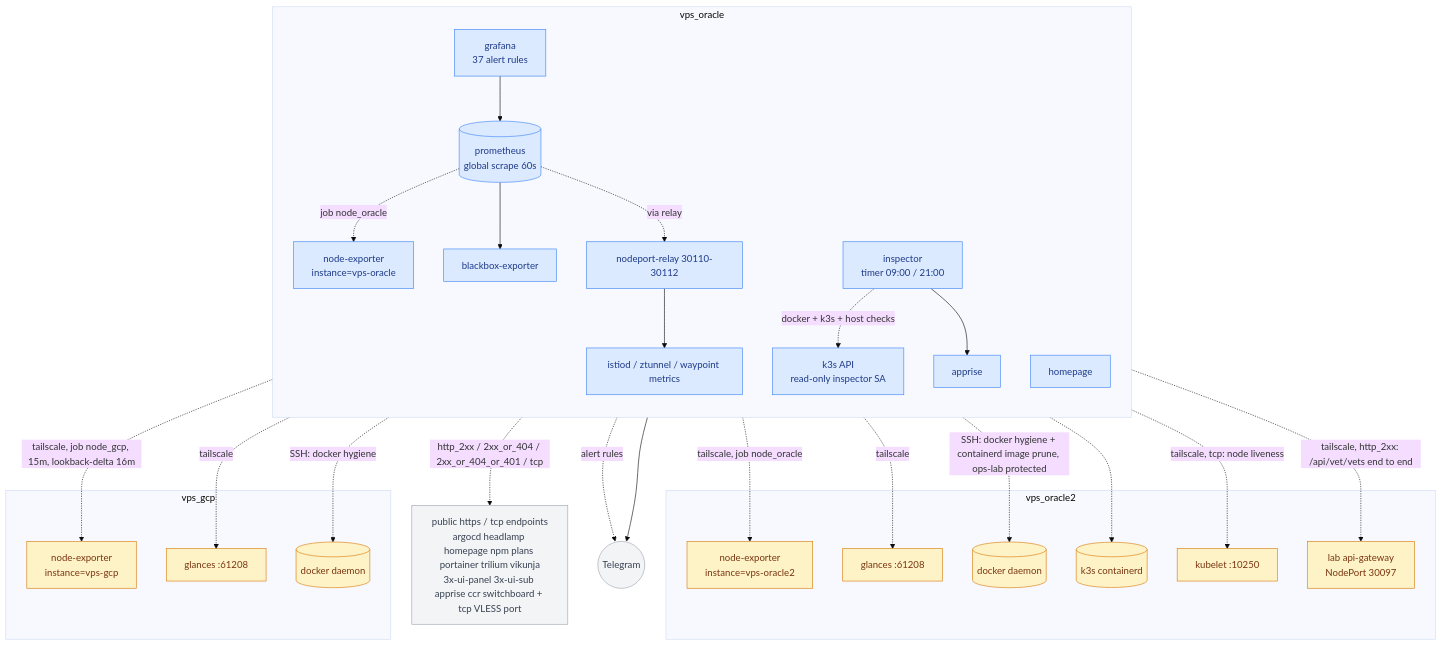
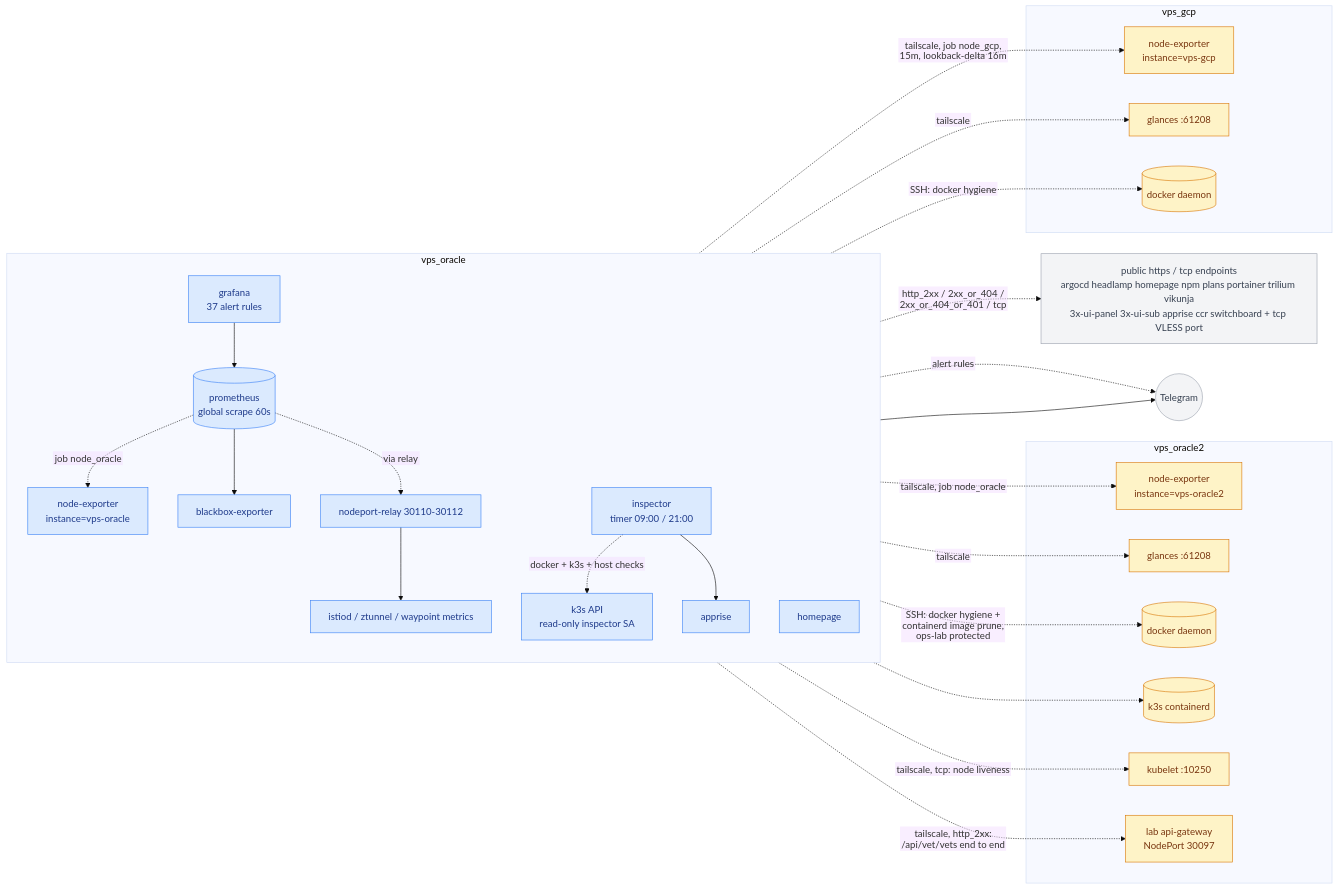
The seventh of 7 diagrams in docs/deployment-topology/v5.md (Jeromefromcn/docker-gitops), drawn with Mermaid (base theme) before and after one commit. The commit also changed other lines of this file, not shown here.

Commit message:
docs(deployment-topology): update diagrams to improve clarity and add details on tofu management

````diff
--- a/docs/deployment-topology/v5.md
+++ b/docs/deployment-topology/v5.md
@@ -511,62 +514,63 @@
 ```mermaid
-flowchart TD
+%%{init: {"flowchart": {"htmlLabels": false, "wrappingWidth": 400}}}%%
+flowchart LR
     subgraph ORACLE["vps_oracle"]
         direction TB
         prom[("prometheus<br/>global scrape 60s")]
         graf["grafana<br/>37 alert rules"]
         bb["blackbox-exporter"]
         one["node-exporter<br/>instance=vps-oracle"]
         insp["inspector<br/>timer 09:00 / 21:00"]
         apprise["apprise"]
         home["homepage"]
         relay["nodeport-relay 30110-30112"]
         k3sm["istiod / ztunnel / waypoint metrics"]
         kapi["k3s API<br/>read-only inspector SA"]
     end
 
     subgraph O2["vps_oracle2"]
         o2ne["node-exporter<br/>instance=vps-oracle2"]
         o2gl["glances :61208"]
         o2docker[("docker daemon")]
         o2ctr[("k3s containerd")]
         o2kubelet["kubelet :10250"]
         o2lab["lab api-gateway<br/>NodePort 30097"]
     end
 
     subgraph G["vps_gcp"]
         gne["node-exporter<br/>instance=vps-gcp"]
         ggl["glances :61208"]
         gdocker[("docker daemon")]
     end
 
     Web["public https / tcp endpoints<br/>argocd headlamp homepage npm plans portainer trilium vikunja<br/>3x-ui-panel 3x-ui-sub apprise ccr switchboard + tcp VLESS port"]
     TG(("Telegram"))
 
     prom -."job node_oracle".-> one
     prom -."tailscale, job node_oracle".-> o2ne
     prom -."tailscale, job node_gcp, 15m, lookback-delta 16m".-> gne
     prom --> bb
     bb -."http_2xx / 2xx_or_404 / 2xx_or_404_or_401 / tcp".-> Web
     bb -."tailscale, tcp: node liveness".-> o2kubelet
     bb -."tailscale, http_2xx: /api/vet/vets end to end".-> o2lab
     prom -."via relay".-> relay
     relay --> k3sm
     graf --> prom
     graf -."alert rules".-> TG
 
     insp -."docker + k3s + host checks".-> kapi
     insp -."SSH: docker hygiene + containerd image prune, ops-lab protected".-> o2docker
     insp -.-> o2ctr
     insp -."SSH: docker hygiene".-> gdocker
     insp --> apprise
     apprise --> TG
     home -."tailscale".-> o2gl
     home -."tailscale".-> ggl
 
     classDef hub fill:#dbeafe,stroke:#3b82f6,color:#1e3a8a
     classDef spoke fill:#fef3c7,stroke:#d97706,color:#78350f
     classDef ext fill:#f3f4f6,stroke:#9ca3af,color:#374151
     class prom,graf,bb,one,insp,apprise,home,relay,k3sm,kapi hub
     class o2ne,o2gl,o2docker,o2ctr,o2kubelet,o2lab,gne,ggl,gdocker spoke
     class Web,TG ext
 ```
````
